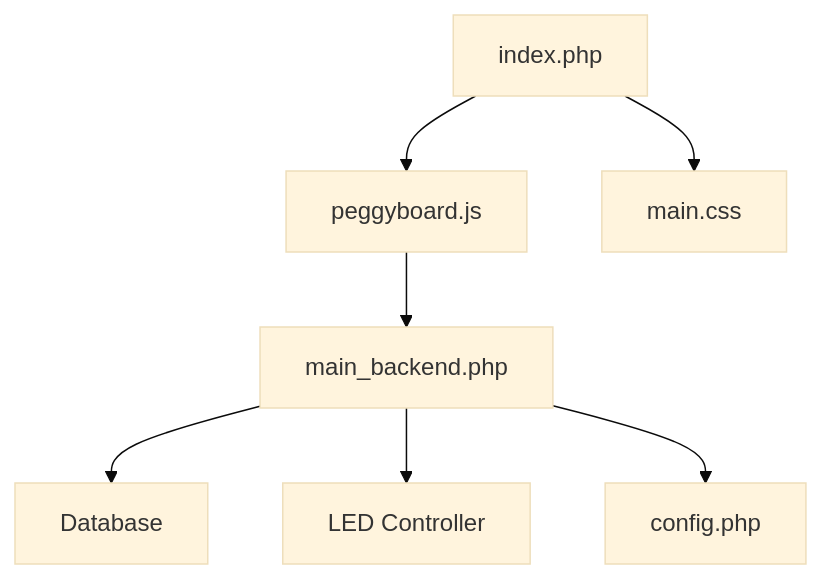
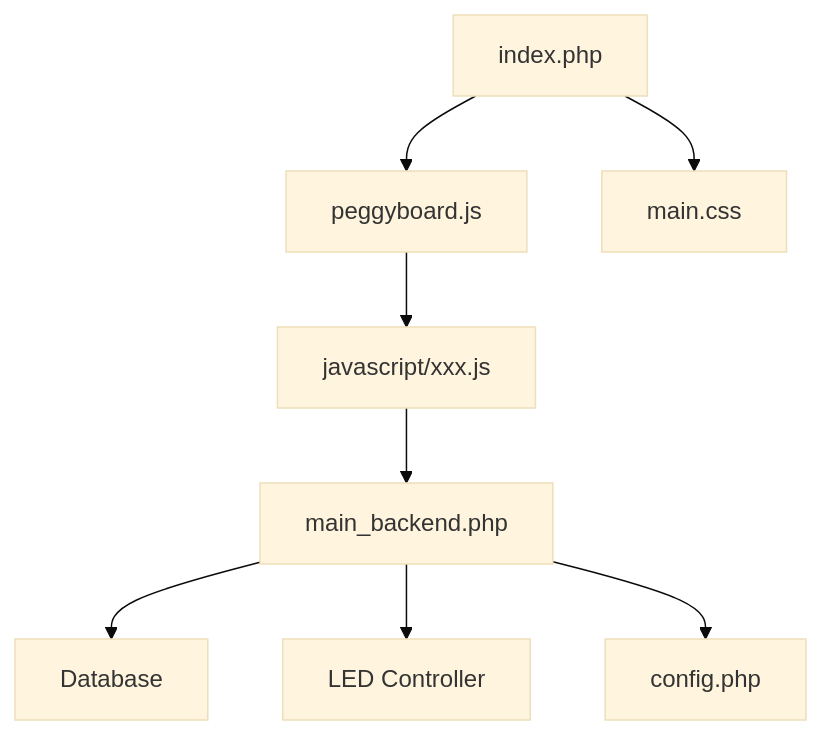
One commit to simo415/PeggyBoard changed the diagram in README.md. Above: the diagram before and after it, drawn with Mermaid (base theme). The commit also changed other lines of this file and 3 other files, not shown here.

````diff
--- a/README.md
+++ b/README.md
@@ -104,9 +132,10 @@
 ```mermaid
 flowchart TD;
     A[index.php] --> F[peggyboard.js];
     A --> G[main.css];
     B --> C[Database];
     B --> D[LED Controller];
     B --> E[config.php];
-    F --> B[main_backend.php];
+    F --> H[javascript/xxx.js];
+    H --> B[main_backend.php];
 ```
````
